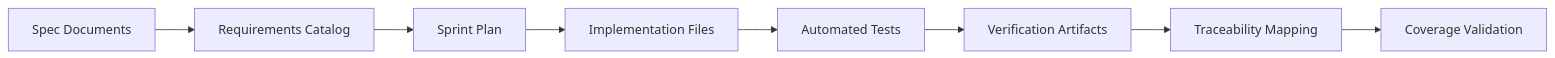
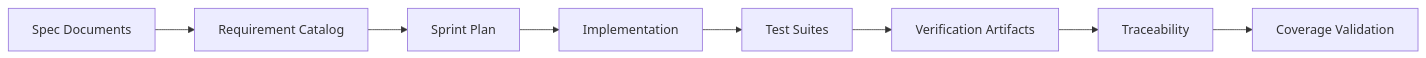
Before and after one commit to jaytaylor/attractor-tcl: the fourth of 5 diagrams in docs/sprints/SPRINT-003-comprehensive-implementation-plan.md, drawn with Mermaid. The commit also changed other lines of this file, not shown here.

Commit message:
docs: mark sprint 003 comprehensive plan fully executed

````diff
--- a/docs/sprints/SPRINT-003-comprehensive-implementation-plan.md
+++ b/docs/sprints/SPRINT-003-comprehensive-implementation-plan.md
@@ -744,10 +1199,10 @@
 ```mermaid
 flowchart LR
-  SPEC[Spec Documents] --> CATALOG[Requirements Catalog]
+  SPEC[Spec Documents] --> CATALOG[Requirement Catalog]
   CATALOG --> PLAN[Sprint Plan]
-  PLAN --> CODE[Implementation Files]
-  CODE --> TESTS[Automated Tests]
+  PLAN --> CODE[Implementation]
+  CODE --> TESTS[Test Suites]
   TESTS --> EVIDENCE[Verification Artifacts]
-  EVIDENCE --> TRACE[Traceability Mapping]
+  EVIDENCE --> TRACE[Traceability]
   TRACE --> COVERAGE[Coverage Validation]
 ```
````
